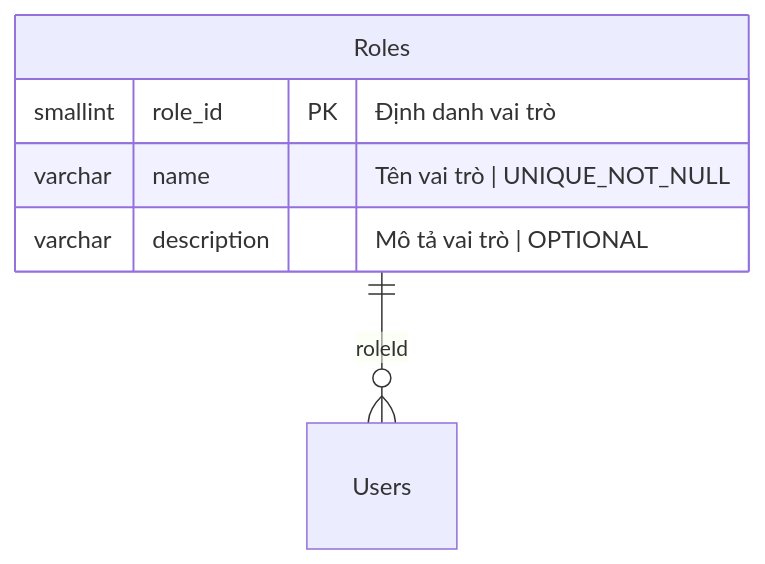
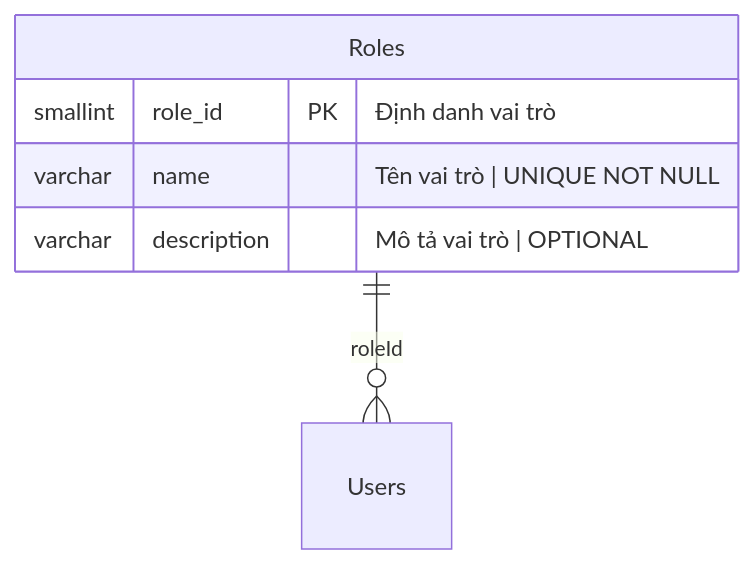
Before and after one commit to hainguyen81/enterprise-it-ai: the ninth of 12 diagrams in sources/storage/business-analysis/membership-hub/requirements.md, drawn with Mermaid. The commit also changed other lines of this file and 7 other files, not shown here.

````diff
--- a/sources/storage/business-analysis/membership-hub/requirements.md
+++ b/sources/storage/business-analysis/membership-hub/requirements.md
@@ -513,9 +570,9 @@
 ```mermaid
 erDiagram
     Roles {
         smallint role_id PK "Định danh vai trò"
-        varchar name "Tên vai trò | UNIQUE_NOT_NULL"
+        varchar name "Tên vai trò | UNIQUE NOT NULL"
         varchar description "Mô tả vai trò | OPTIONAL"
     }
     Roles ||--o{ Users : "roleId"
 ```
````
